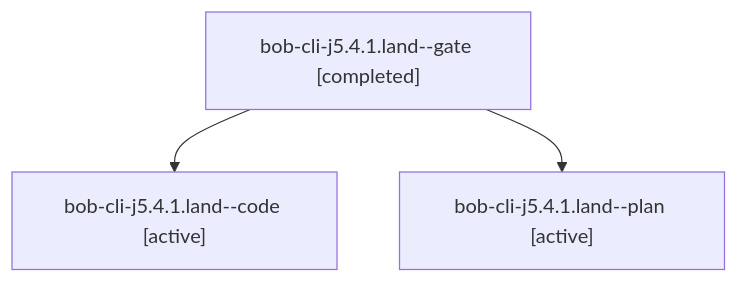
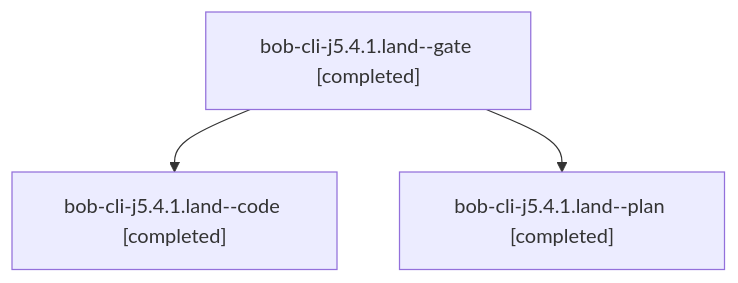
One commit to bobs-org/bob-cli--agents changed the diagram in sessions/bbugyi200.athena.bob-cli-j5.4.1.land.md. Above: the diagram before and after it, drawn with Mermaid. The commit also changed other lines of this file and 52 other files, not shown here.

````diff
--- a/sessions/bbugyi200.athena.bob-cli-j5.4.1.land.md
+++ b/sessions/bbugyi200.athena.bob-cli-j5.4.1.land.md
@@ -9,8 +9,8 @@
 ```mermaid
 flowchart TD
   n0["bob-cli-j5.4.1.land--gate [completed]"]
-  n1["bob-cli-j5.4.1.land--code [active]"]
+  n1["bob-cli-j5.4.1.land--code [completed]"]
   n0 --> n1
-  n2["bob-cli-j5.4.1.land--plan [active]"]
+  n2["bob-cli-j5.4.1.land--plan [completed]"]
   n0 --> n2
 ```
````
